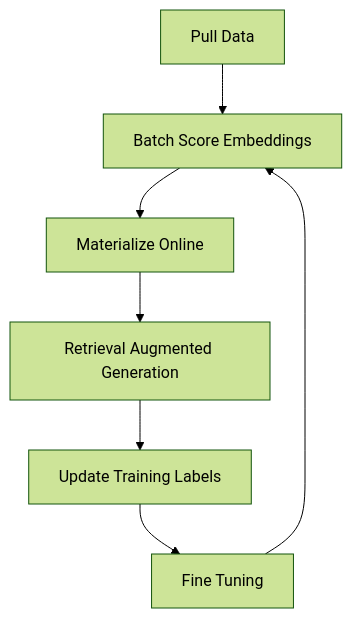
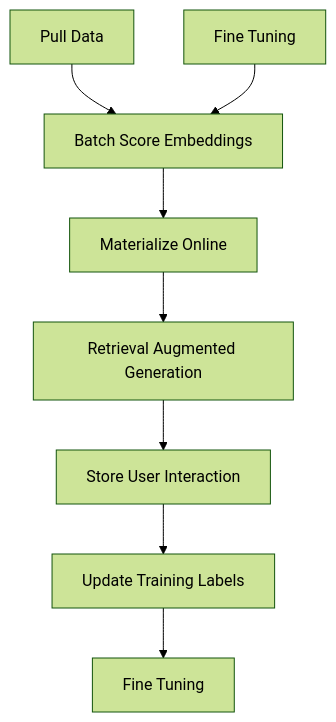
The diagram in demos/feast-rag/README.md (franciscojavierarceo/Python), drawn with Mermaid (forest theme) before and after one commit.

````diff
--- a/demos/feast-rag/README.md
+++ b/demos/feast-rag/README.md
@@ -25,9 +25,10 @@
 ```mermaid
 flowchart TD;
     A[Pull Data] --> B[Batch Score Embeddings];
     B[Batch Score] --> C[Materialize Online];
     C[Materialize Online] --> D[Retrieval Augmented Generation];
-    D[Retrieval Augmented Generation] --> E[Update Training Labels];
-    E[Update Training Labels] --> F[Fine Tuning];
-    F[Fine Tuning] --> B[Batch Score Embeddings];
+    D[Retrieval Augmented Generation] --> E[Store User Interaction];
+    E[Store User Interaction] --> F[Update Training Labels];
+    F[Update Training Labels] --> G[Fine Tuning];
+    H[Fine Tuning] --> B[Batch Score Embeddings];
 ```
````
